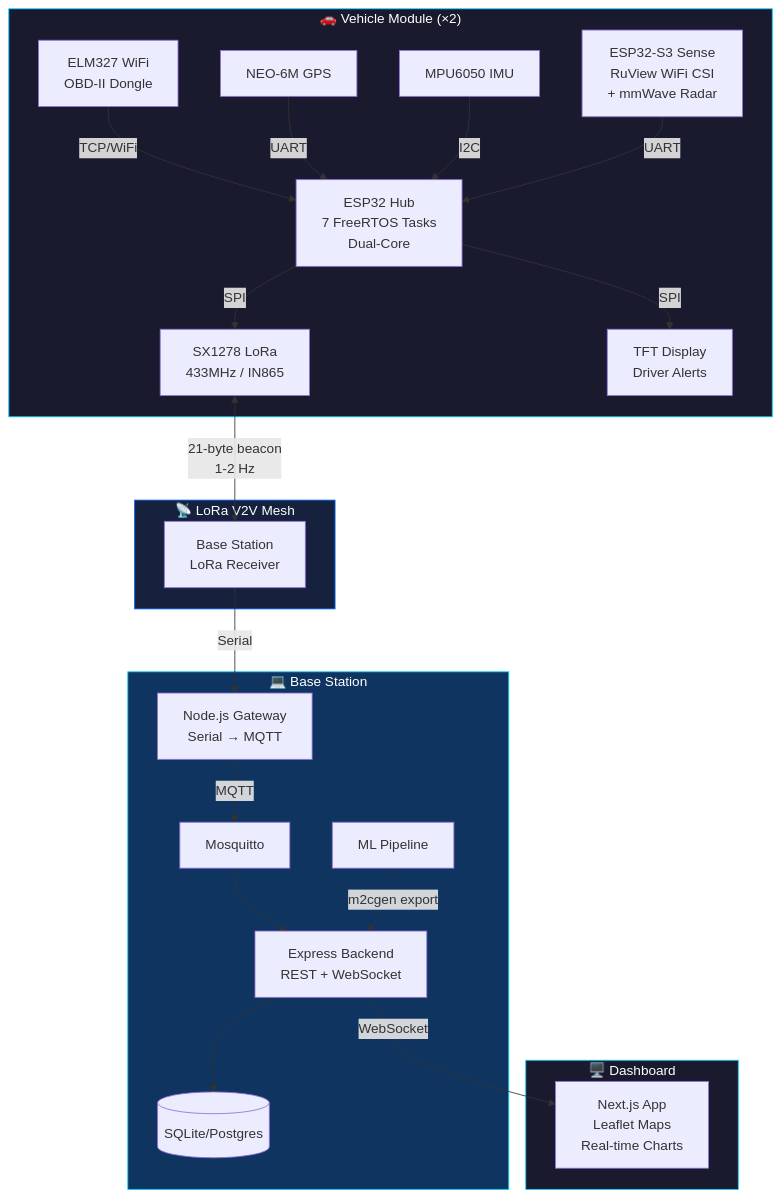
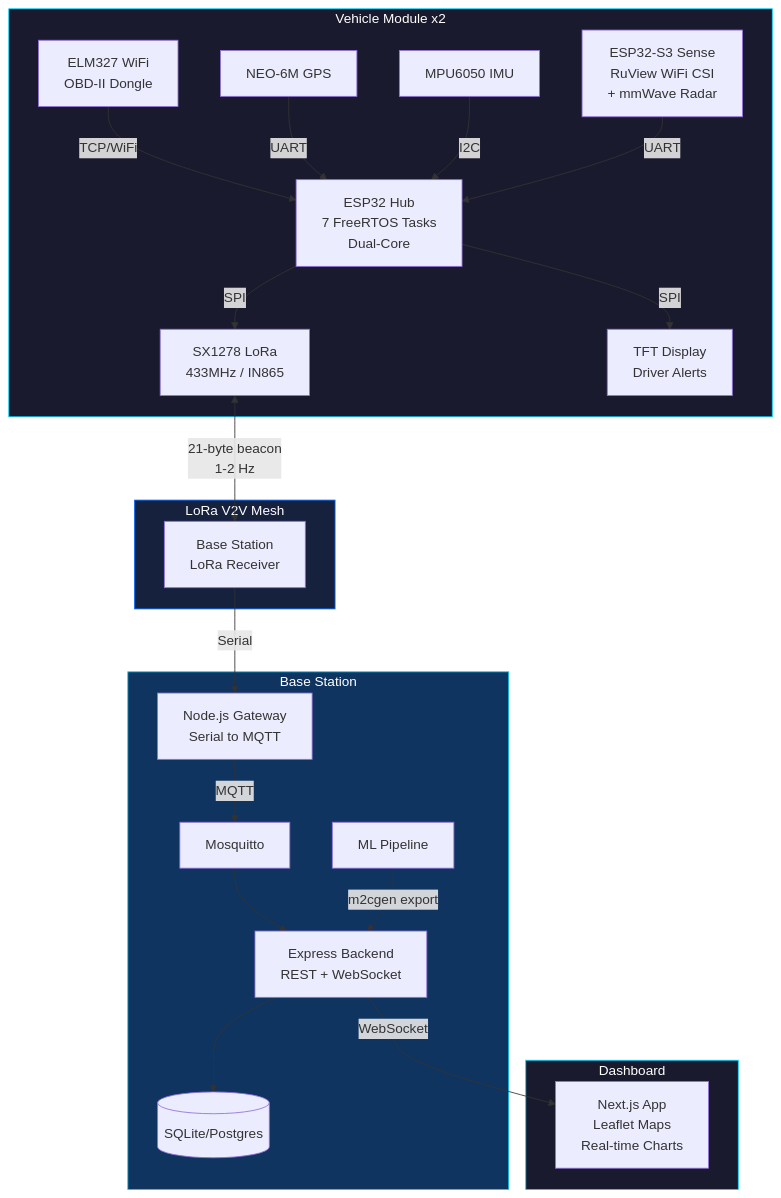
Before and after one commit to Paramveersingh-S/Cortexion: the first of 2 diagrams in README.md, drawn with Mermaid. The commit also changed other lines of this file and 14 other files, not shown here.

Commit message:
feat(ui): Palantir-grade UI redesign for web dashboard

````diff
--- a/README.md
+++ b/README.md
@@ -44,32 +44,32 @@
 ```mermaid
 graph TB
-    subgraph VEH["🚗 Vehicle Module (×2)"]
-        ELM["ELM327 WiFi<br/>OBD-II Dongle"] -->|TCP/WiFi| HUB["ESP32 Hub<br/>7 FreeRTOS Tasks<br/>Dual-Core"]
+    subgraph VEH["Vehicle Module x2"]
+        ELM["ELM327 WiFi<br>OBD-II Dongle"] -->|TCP/WiFi| HUB["ESP32 Hub<br>7 FreeRTOS Tasks<br>Dual-Core"]
         GPS["NEO-6M GPS"] -->|UART| HUB
         IMU["MPU6050 IMU"] -->|I2C| HUB
-        SENSE["ESP32-S3 Sense<br/>RuView WiFi CSI<br/>+ mmWave Radar"] -->|UART| HUB
-        HUB -->|SPI| LORA["SX1278 LoRa<br/>433MHz / IN865"]
-        HUB -->|SPI| TFT["TFT Display<br/>Driver Alerts"]
+        SENSE["ESP32-S3 Sense<br>RuView WiFi CSI<br>+ mmWave Radar"] -->|UART| HUB
+        HUB -->|SPI| LORA["SX1278 LoRa<br>433MHz / IN865"]
+        HUB -->|SPI| TFT["TFT Display<br>Driver Alerts"]
     end
 
-    subgraph MESH["📡 LoRa V2V Mesh"]
-        LORA <-->|"21-byte beacon<br/>1-2 Hz"| BASE["Base Station<br/>LoRa Receiver"]
+    subgraph MESH["LoRa V2V Mesh"]
+        LORA <-->|"21-byte beacon<br>1-2 Hz"| BASE["Base Station<br>LoRa Receiver"]
     end
 
-    subgraph SERVER["💻 Base Station"]
-        BASE -->|Serial| GW["Node.js Gateway<br/>Serial → MQTT"]
+    subgraph SERVER["Base Station"]
+        BASE -->|Serial| GW["Node.js Gateway<br>Serial to MQTT"]
         GW -->|MQTT| BROKER["Mosquitto"]
-        BROKER --> BE["Express Backend<br/>REST + WebSocket"]
+        BROKER --> BE["Express Backend<br>REST + WebSocket"]
         BE --> DB[("SQLite/Postgres")]
         ML["ML Pipeline"] -.->|"m2cgen export"| BE
     end
 
-    subgraph DASH["🖥️ Dashboard"]
-        BE -->|WebSocket| WEB["Next.js App<br/>Leaflet Maps<br/>Real-time Charts"]
+    subgraph DASH["Dashboard"]
+        BE -->|WebSocket| WEB["Next.js App<br>Leaflet Maps<br>Real-time Charts"]
     end
 
     style VEH fill:#1a1a2e,stroke:#00d4ff,color:#fff
     style MESH fill:#16213e,stroke:#0066ff,color:#fff
     style SERVER fill:#0f3460,stroke:#00d4ff,color:#fff
     style DASH fill:#1a1a2e,stroke:#00d4ff,color:#fff
 ```
````
